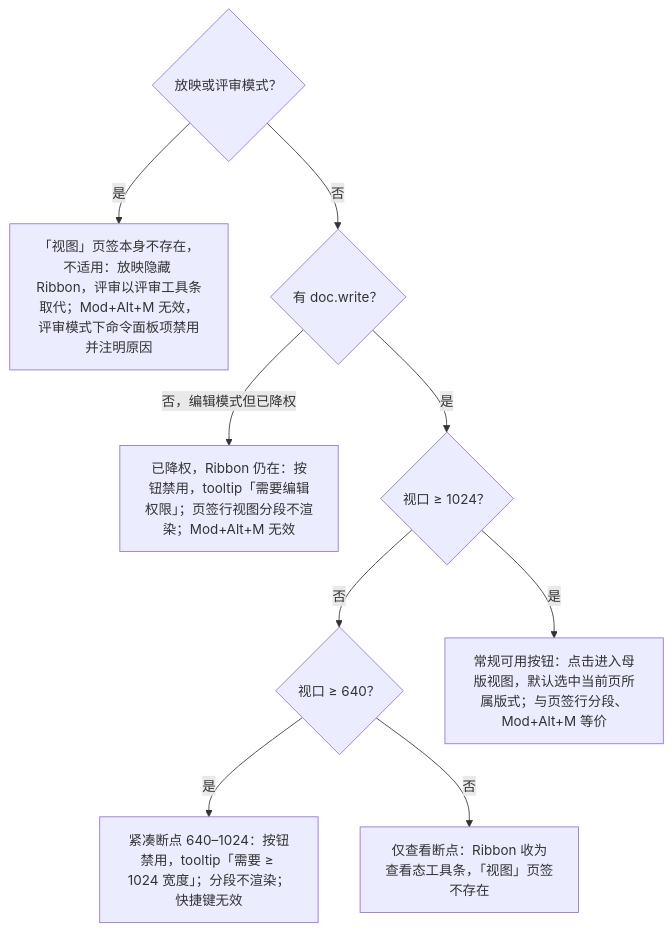
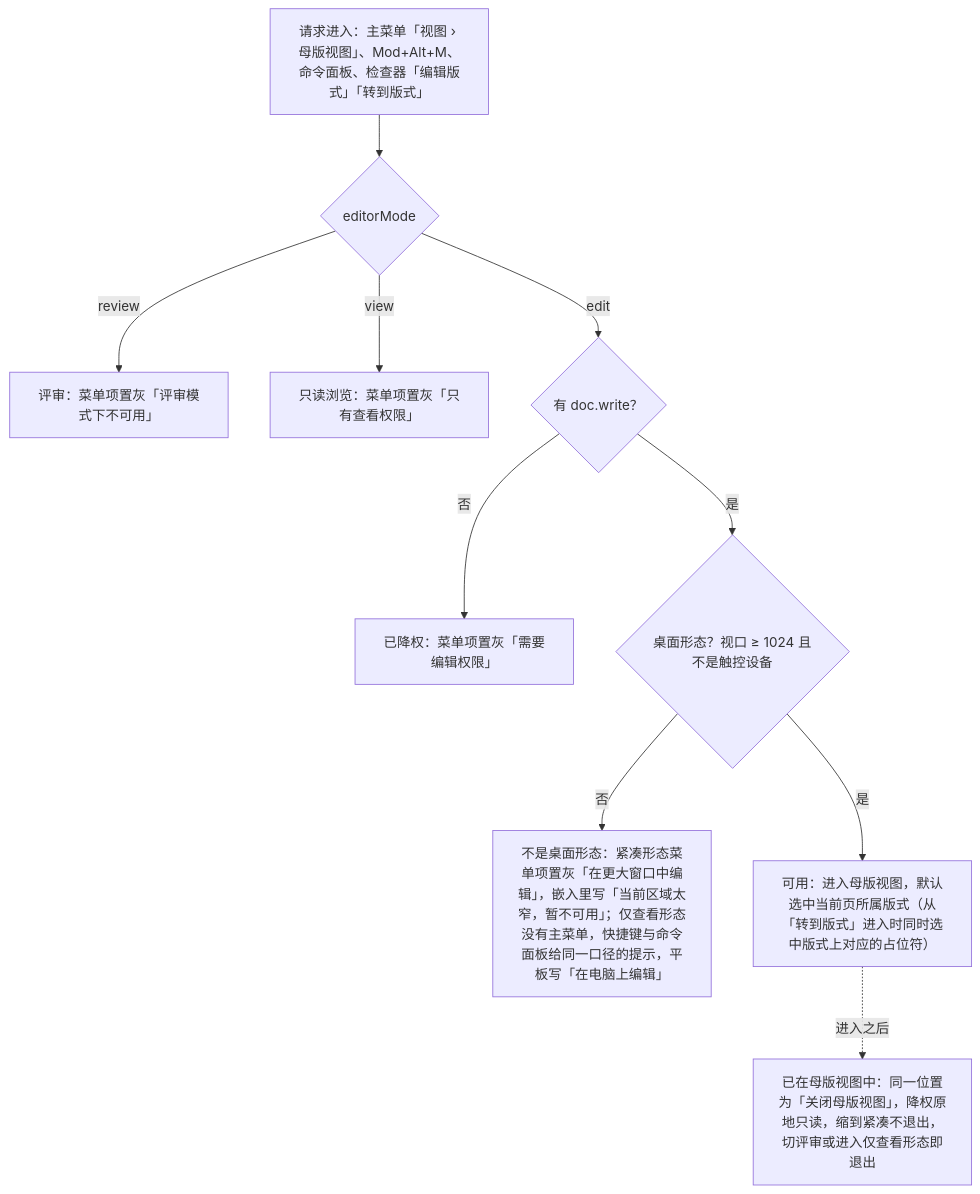
Before and after one commit to Xeonice/cordis-ppt-editor: the second of 2 diagrams in docs/20-design/03-screens/20-view-zoom-and-navigation.md, drawn with Mermaid. The commit also changed other lines of this file and 44 other files, not shown here.

````diff
--- a/docs/20-design/03-screens/20-view-zoom-and-navigation.md
+++ b/docs/20-design/03-screens/20-view-zoom-and-navigation.md
@@ -100,20 +252,22 @@
 ```mermaid
 flowchart TB
-  q0{"放映或评审模式？"}
-  nA["「视图」页签本身不存在，不适用：放映隐藏 Ribbon，评审以评审工具条取代；Mod+Alt+M 无效，评审模式下命令面板项禁用并注明原因"]
-  q1{"有 doc.write？"}
-  rev["已降权，Ribbon 仍在：按钮禁用，tooltip「需要编辑权限」；页签行视图分段不渲染；Mod+Alt+M 无效"]
-  q2{"视口 ≥ 1024？"}
-  q3{"视口 ≥ 640？"}
-  cmp["紧凑断点 640–1024：按钮禁用，tooltip「需要 ≥ 1024 宽度」；分段不渲染；快捷键无效"]
-  nar["仅查看断点：Ribbon 收为查看态工具条，「视图」页签不存在"]
-  ok["常规可用按钮：点击进入母版视图，默认选中当前页所属版式；与页签行分段、Mod+Alt+M 等价"]
-  q0 -->|"是"| nA
-  q0 -->|"否"| q1
-  q1 -->|"否，编辑模式但已降权"| rev
-  q1 -->|"是"| q2
-  q2 -->|"是"| ok
-  q2 -->|"否"| q3
-  q3 -->|"是"| cmp
-  q3 -->|"否"| nar
+  start["请求进入：主菜单「视图 › 母版视图」、Mod+Alt+M、命令面板、检查器「编辑版式」「转到版式」"]
+  mode{"editorMode"}
+  rv["评审：菜单项置灰「评审模式下不可用」"]
+  vw["只读浏览：菜单项置灰「只有查看权限」"]
+  q2{"有 doc.write？"}
+  dg["已降权：菜单项置灰「需要编辑权限」"]
+  q3{"桌面形态？视口 ≥ 1024 且不是触控设备"}
+  nr["不是桌面形态：紧凑形态菜单项置灰「在更大窗口中编辑」，嵌入里写「当前区域太窄，暂不可用」；仅查看形态没有主菜单，快捷键与命令面板给同一口径的提示，平板写「在电脑上编辑」"]
+  ok["可用：进入母版视图，默认选中当前页所属版式（从「转到版式」进入时同时选中版式上对应的占位符）"]
+  inside["已在母版视图中：同一位置为「关闭母版视图」，降权原地只读，缩到紧凑不退出，切评审或进入仅查看形态即退出"]
+  start --> mode
+  mode -->|"review"| rv
+  mode -->|"view"| vw
+  mode -->|"edit"| q2
+  q2 -->|"否"| dg
+  q2 -->|"是"| q3
+  q3 -->|"否"| nr
+  q3 -->|"是"| ok
+  ok -.->|"进入之后"| inside
 ```
````
